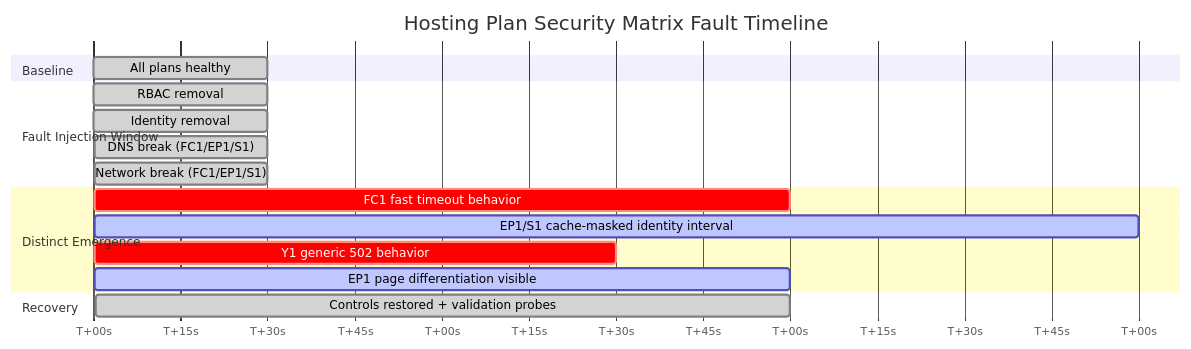
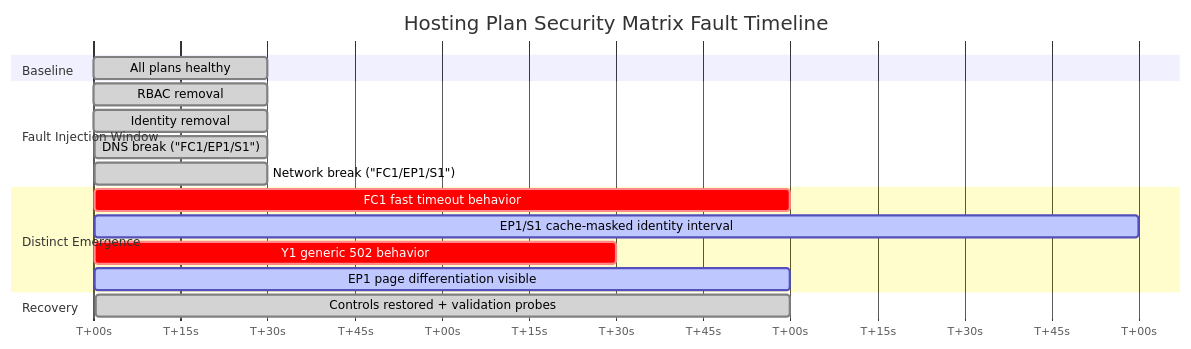
The third of 3 diagrams in docs/troubleshooting/lab-guides/hosting-plan-security-matrix.md (yeongseon/azure-functions-practical-guide), drawn with Mermaid before and after one commit. The commit also changed 70 other files, not shown here.

First line of the commit message:
fix: quote special characters in Mermaid node labels to prevent rendering errors

````diff
--- a/docs/troubleshooting/lab-guides/hosting-plan-security-matrix.md
+++ b/docs/troubleshooting/lab-guides/hosting-plan-security-matrix.md
@@ -1114,24 +1114,24 @@
 ```mermaid
 gantt
     title Hosting Plan Security Matrix Fault Timeline
     dateFormat  X
     axisFormat  T+%Ss
 
     section Baseline
     All plans healthy                                :done, b1, 0, 30
 
     section Fault Injection Window
     RBAC removal                                     :done, f1, 30, 30
     Identity removal                                 :done, f2, 90, 30
-    DNS break (FC1/EP1/S1)                           :done, f3, 150, 30
-    Network break (FC1/EP1/S1)                       :done, f4, 210, 30
+    DNS break ("FC1/EP1/S1")                           :done, f3, 150, 30
+    Network break ("FC1/EP1/S1")                       :done, f4, 210, 30
 
     section Distinct Emergence
     FC1 fast timeout behavior                        :crit, e1, 120, 120
     EP1/S1 cache-masked identity interval            :active, e2, 120, 180
     Y1 generic 502 behavior                           :crit, e3, 150, 90
     EP1 page differentiation visible                 :active, e4, 180, 120
 
     section Recovery
     Controls restored + validation probes            :done, r1, 360, 120
 ```
````
